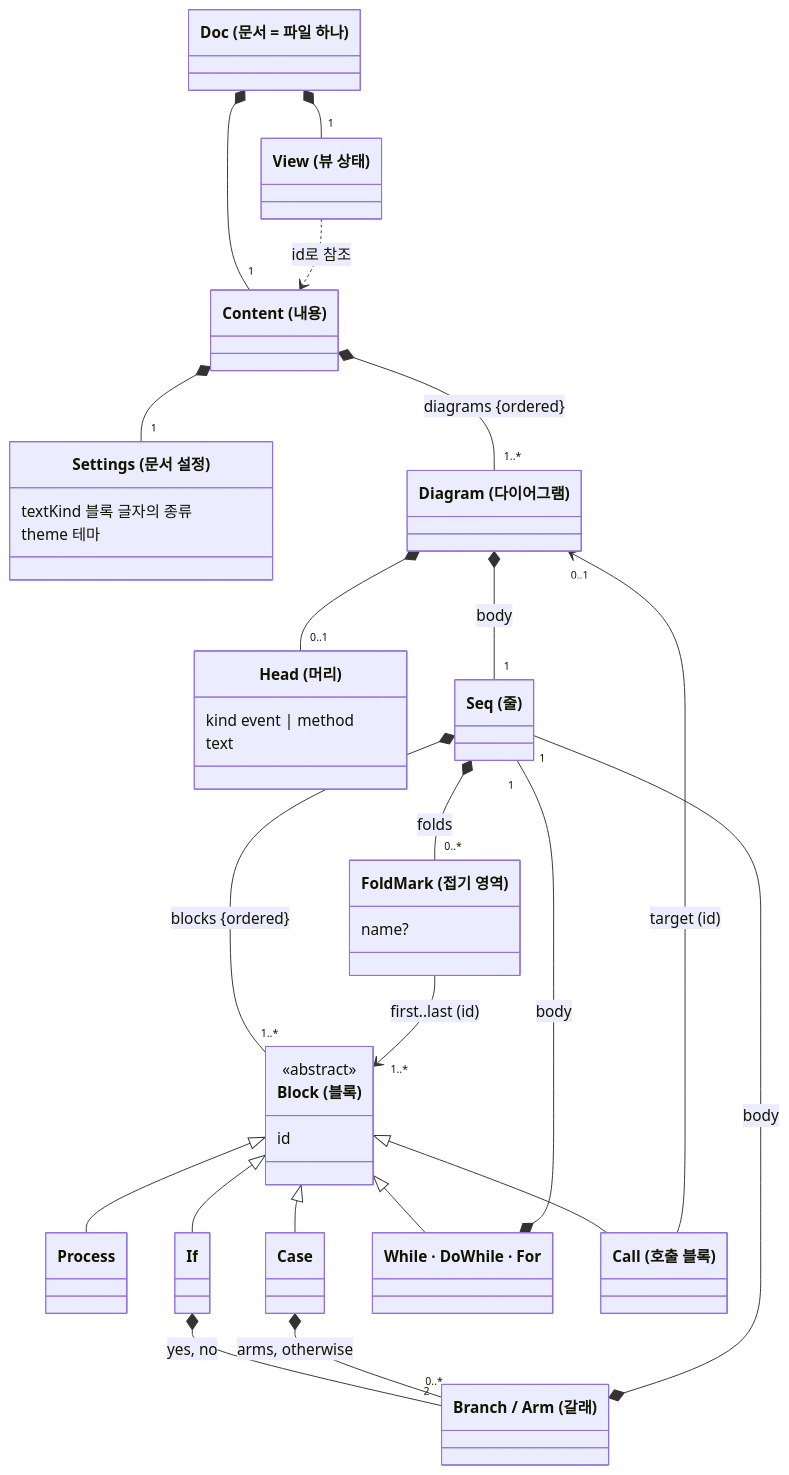
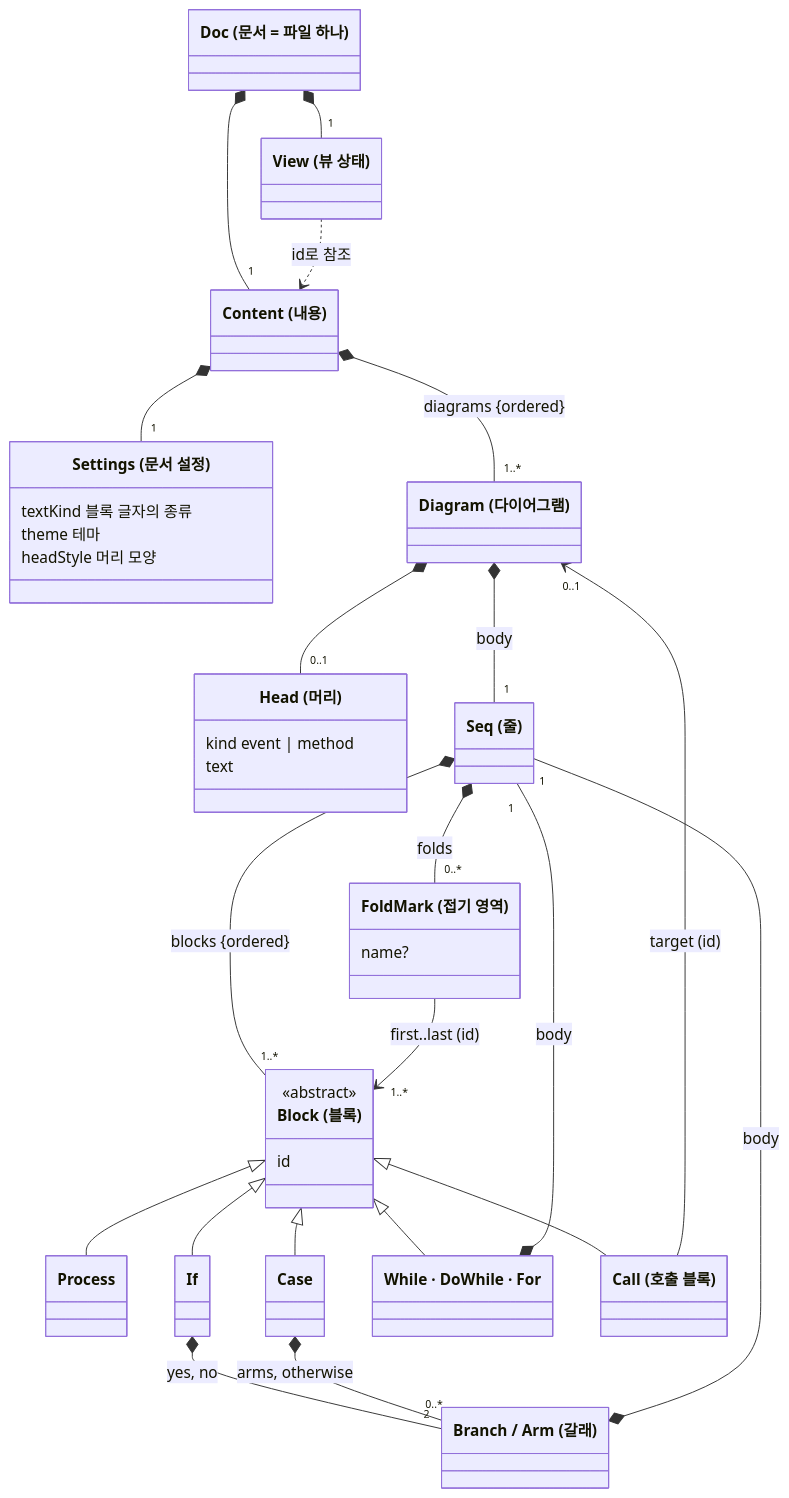
Before and after one commit to reddiana/AriadneNSD: the fourth of 6 diagrams in docs/03-architecture/03-architecture.md, drawn with Mermaid. The commit also changed other lines of this file and 51 other files, not shown here.

````diff
--- a/docs/03-architecture/03-architecture.md
+++ b/docs/03-architecture/03-architecture.md
@@ -187,46 +192,47 @@
 ```mermaid
 classDiagram
     direction TB
     class Doc["Doc (문서 = 파일 하나)"]
     class Content["Content (내용)"]
     class View["View (뷰 상태)"]
     class Settings["Settings (문서 설정)"]
     Settings : textKind 블록 글자의 종류
     Settings : theme 테마
+    Settings : headStyle 머리 모양
     class Diagram["Diagram (다이어그램)"]
     class Head["Head (머리)"]
     Head : kind event | method
     Head : text
     class Seq["Seq (줄)"]
     class FoldMark["FoldMark (접기 영역)"]
     FoldMark : name?
     class Block["Block (블록)"]
     <<abstract>> Block
     Block : id
     class Process
     class If
     class Case
     class Loop["While · DoWhile · For"]
     class Call["Call (호출 블록)"]
     class Branch["Branch / Arm (갈래)"]
     Doc *-- "1" Content
     Doc *-- "1" View
     Content *-- "1" Settings
     Content *-- "1..*" Diagram : diagrams {ordered}
     Diagram *-- "0..1" Head
     Diagram *-- "1" Seq : body
     Seq *-- "1..*" Block : blocks {ordered}
     Seq *-- "0..*" FoldMark : folds
     FoldMark --> "1..*" Block : first..last (id)
     Block <|-- Process
     Block <|-- If
     Block <|-- Case
     Block <|-- Loop
     Block <|-- Call
     If *-- "2" Branch : yes, no
     Case *-- "0..*" Branch : arms, otherwise
     Branch *-- "1" Seq : body
     Loop *-- "1" Seq : body
     Call --> "0..1" Diagram : target (id)
     View ..> Content : id로 참조
 ```
````
